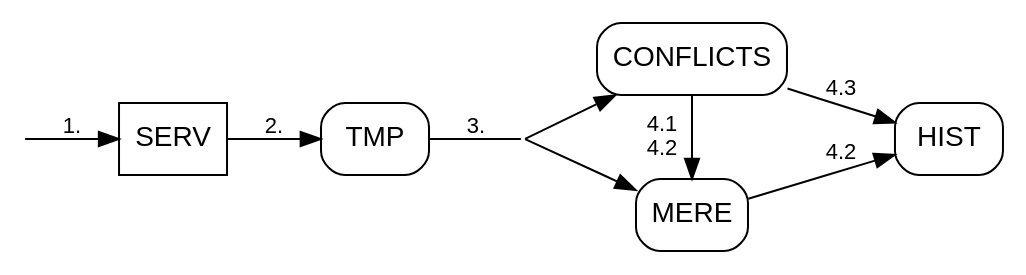
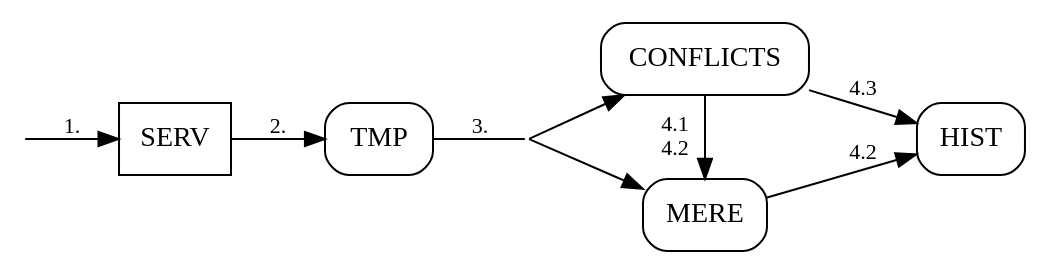
One commit to sully-vian/internships changed the diagram in actimage/assets/onacvg-migration.dot. Above: the diagram before and after it, drawn with Graphviz. The commit also changed 3 other files, not shown here.

```diff
--- a/actimage/assets/onacvg-migration.dot
+++ b/actimage/assets/onacvg-migration.dot
@@ -1,32 +1,32 @@
 digraph Architecture {
     // Default styles
     rankdir=LR
-    node [shape=box, fontname="Helvetica"];
-    edge [fontname="Helvetica", fontsize=11];
+    node [shape=box];
+    edge [fontsize=11];
 
     // Invisible start node to create the initial incoming arrow
     start [shape=none, label="", width=0, height=0];
 
     // Define nodes with appropriate styles (rounded vs solid)
     SERV [style=solid];
     TMP [style=rounded];
     MERE [style=rounded];
     CONFLICTS [style=rounded];
     HIST [style=rounded];
 
     // Ensure MERE and CONFLICTS align horizontally
     { rank=same; MERE; CONFLICTS; }
 
     split [shape=point, width=0, height=0];
 
     start -> SERV [label="1."];
     SERV -> TMP [label="2."];
     
     TMP -> split [label="3.", arrowhead=none];
     split -> MERE;
     split -> CONFLICTS;
 
     CONFLICTS -> MERE [label="4.1\n4.2"];
     MERE -> HIST [label="4.2"];
     CONFLICTS -> HIST [label="4.3"];
 }
```
